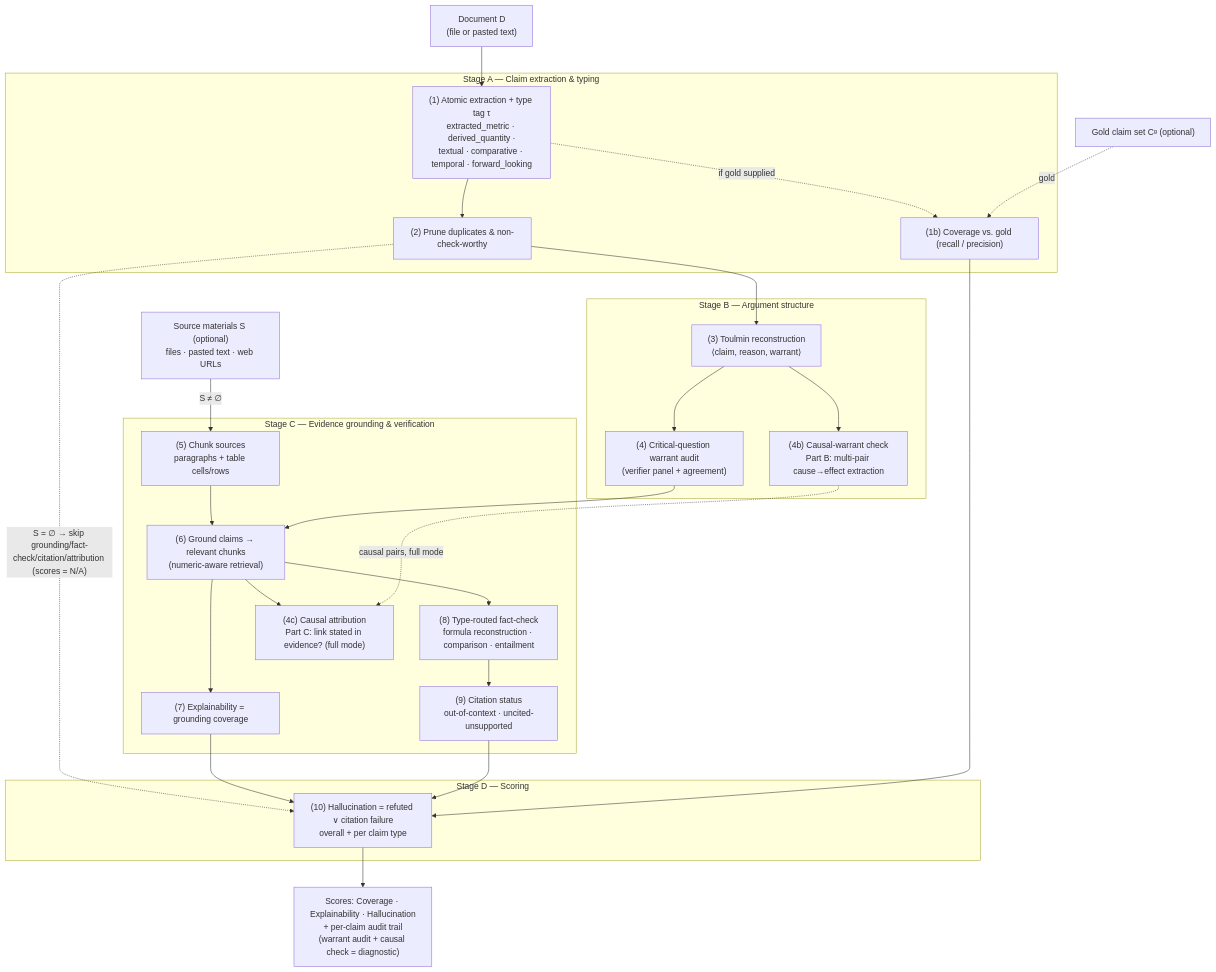
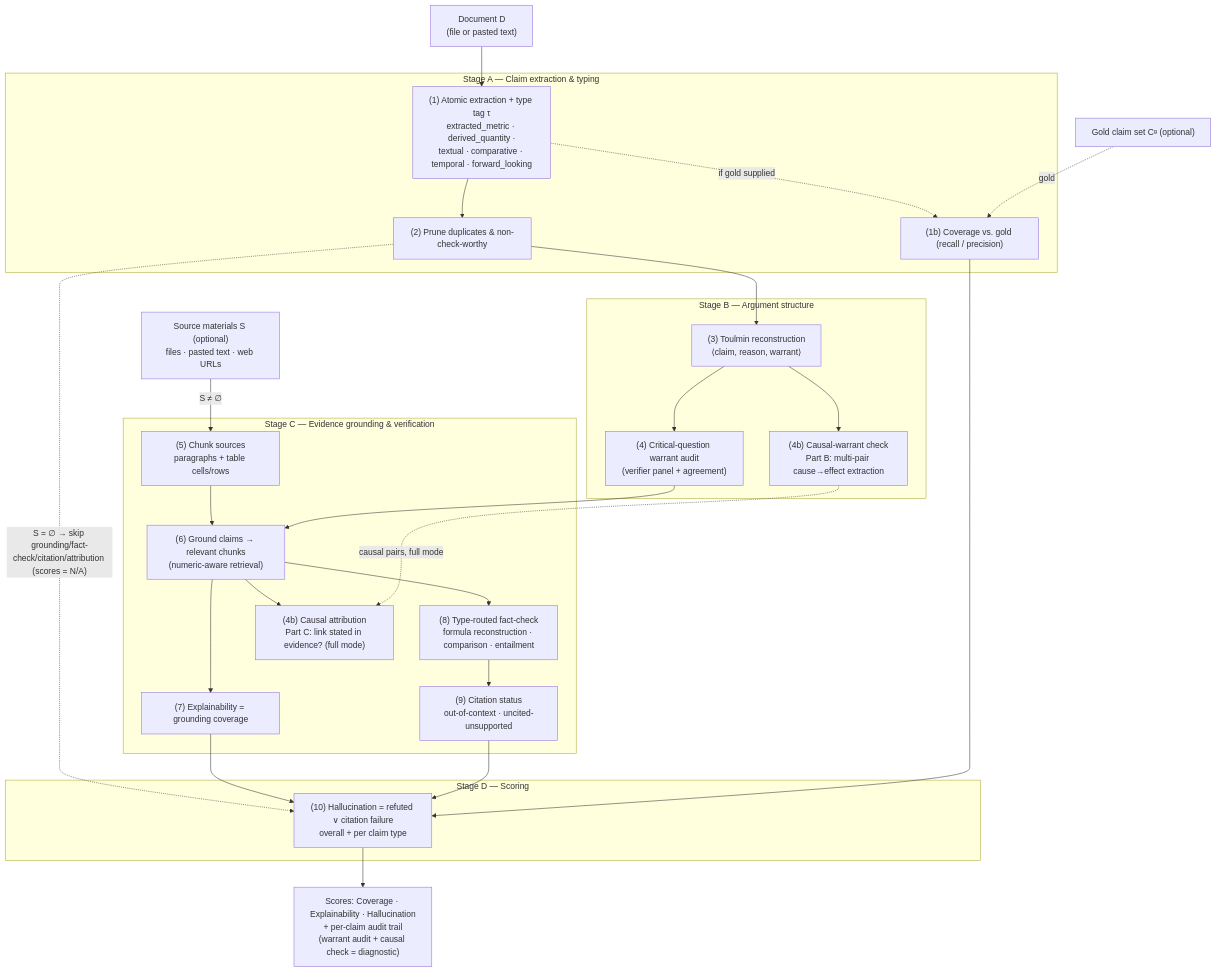
The diagram in README.md (robinmak/chain-of-claims), drawn with Mermaid before and after one commit.

Commit message:
README §3: fix invented '(4c)' label to '(4b) Part C' in pipeline diagram
The causal attribution node was labelled (4c), but the prose and the module
name (s4b_causal_attribution) treat the whole causal check as 4b (Part B + Part
C). Align the diagram node so the stage numbering is internally consistent.
Verified §3 stage descriptions, type routing, and post-grounding ordering
against the implementation — all accurate.

````diff
--- a/README.md
+++ b/README.md
@@ -164,51 +164,51 @@
 ```mermaid
 flowchart TD
     D["Document D<br/>(file or pasted text)"]
     S["Source materials S (optional)<br/>files · pasted text · web URLs"]
     G["Gold claim set Cᵍ (optional)"]
 
     subgraph A["Stage A — Claim extraction & typing"]
         A1["(1) Atomic extraction + type tag τ<br/>extracted_metric · derived_quantity ·<br/>textual · comparative · temporal · forward_looking"]
         A1b["(1b) Coverage vs. gold (recall / precision)"]
         A2["(2) Prune duplicates & non-check-worthy"]
         A1 --> A2
         A1 -.->|if gold supplied| A1b
     end
 
     subgraph B["Stage B — Argument structure"]
         B3["(3) Toulmin reconstruction<br/>⟨claim, reason, warrant⟩"]
         B4["(4) Critical-question warrant audit<br/>(verifier panel + agreement)"]
         B4b["(4b) Causal-warrant check<br/>Part B: multi-pair cause→effect extraction"]
         B3 --> B4
         B3 --> B4b
     end
 
     subgraph C["Stage C — Evidence grounding & verification"]
         C5["(5) Chunk sources<br/>paragraphs + table cells/rows"]
         C6["(6) Ground claims → relevant chunks<br/>(numeric-aware retrieval)"]
         C7["(7) Explainability = grounding coverage"]
         C8["(8) Type-routed fact-check<br/>formula reconstruction · comparison · entailment"]
         C9["(9) Citation status<br/>out-of-context · uncited-unsupported"]
-        C4c["(4c) Causal attribution<br/>Part C: link stated in evidence? (full mode)"]
+        C4c["(4b) Causal attribution<br/>Part C: link stated in evidence? (full mode)"]
         C5 --> C6 --> C7
         C6 --> C8 --> C9
         C6 --> C4c
     end
 
     subgraph Dsc["Stage D — Scoring"]
         D10["(10) Hallucination = refuted ∨ citation failure<br/>overall + per claim type"]
     end
 
     D --> A1
     G -.->|gold| A1b
     A2 --> B3
     B4 --> C6
     B4b -.->|causal pairs, full mode| C4c
     S -->|"S ≠ ∅"| C5
     A2 -.->|"S = ∅ → skip grounding/fact-check/citation/attribution (scores = N/A)"| D10
     C7 --> D10
     C9 --> D10
     A1b --> D10
 
     D10 --> OUT["Scores: Coverage · Explainability · Hallucination<br/>+ per-claim audit trail<br/>(warrant audit + causal check = diagnostic)"]
 ```
````
